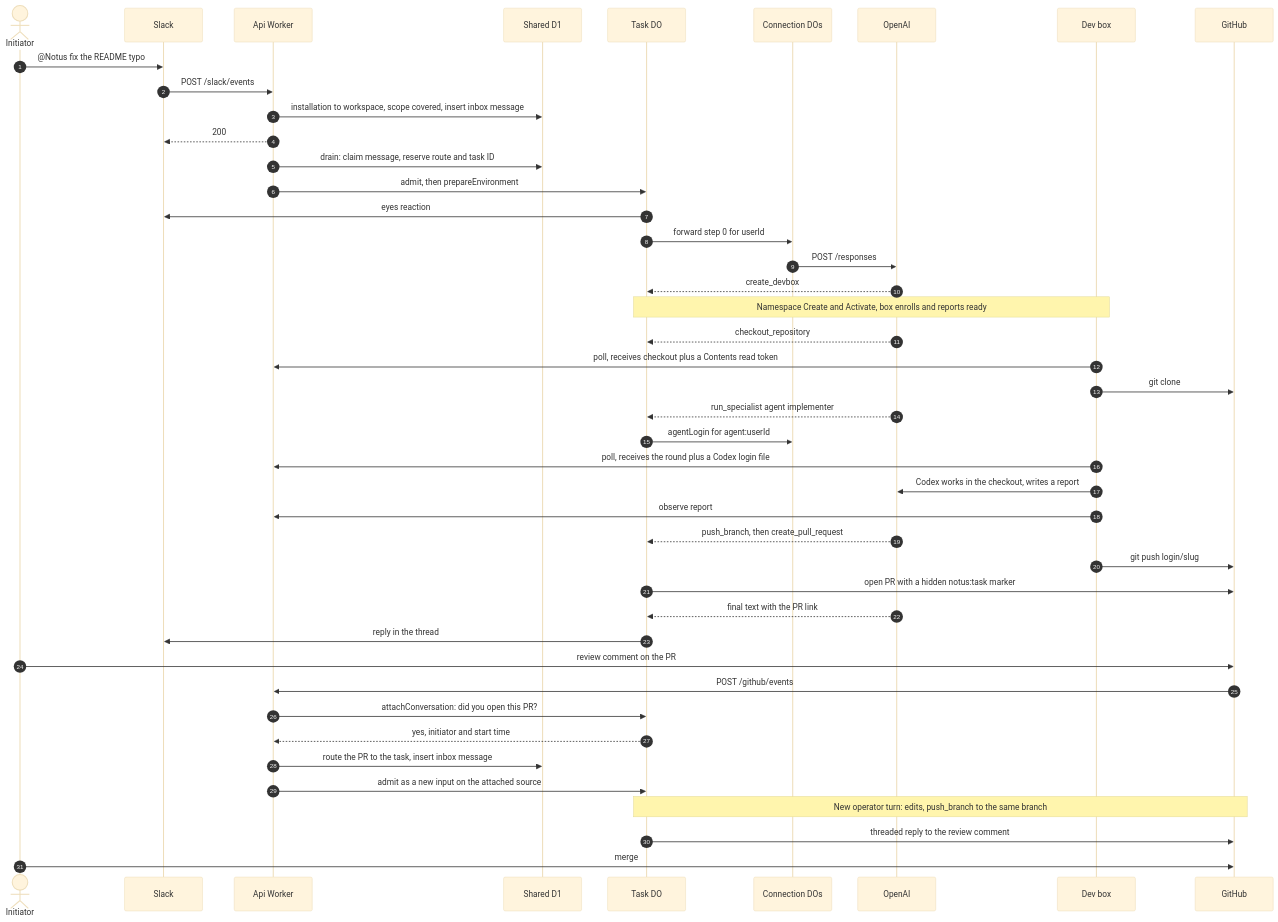
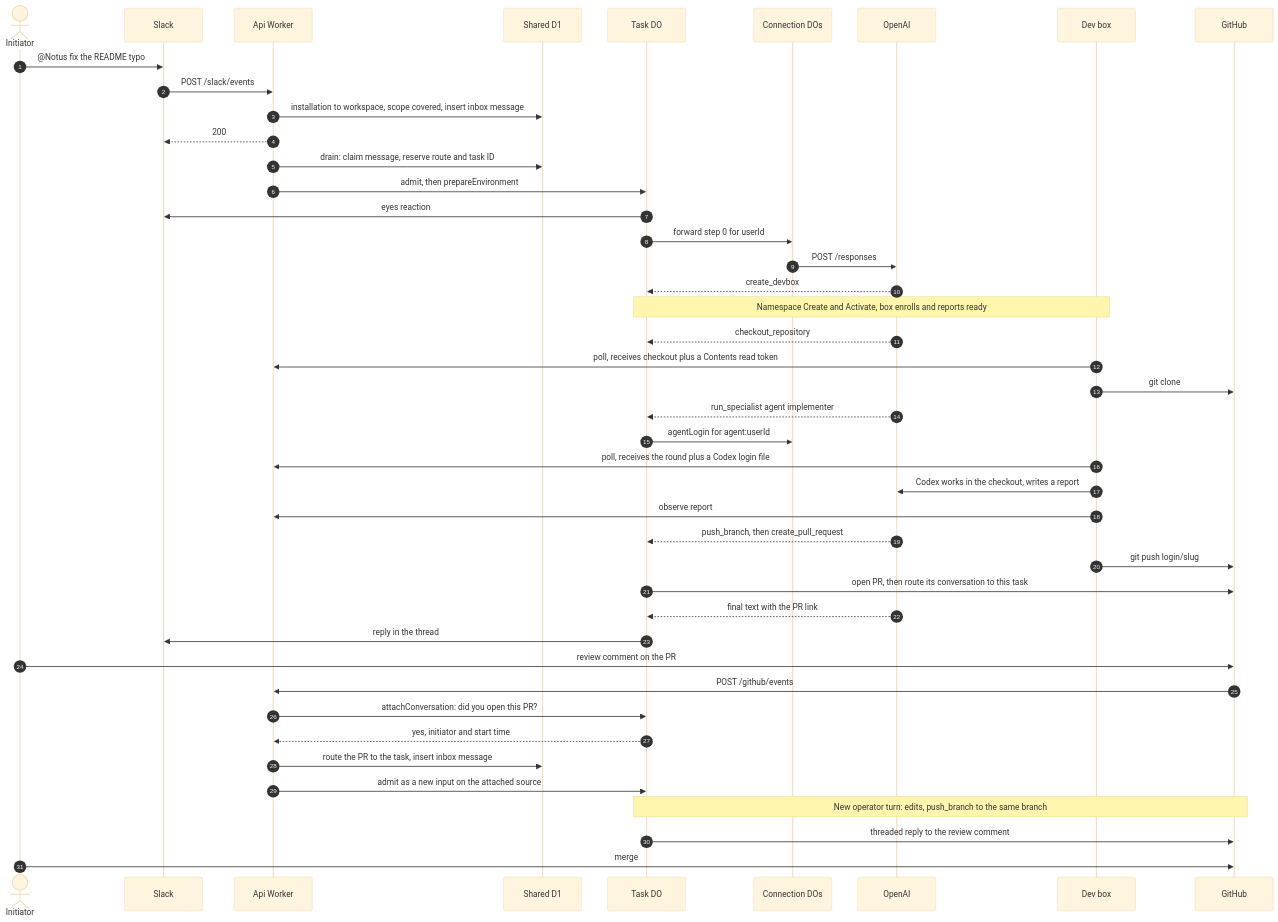
One commit to utopyin/notus changed the fifth of 24 diagrams in docs/architecture/system.md. Above: the diagram before and after it, drawn with Mermaid (base theme). The commit also changed other lines of this file and 10 other files, not shown here.

First line of the commit message:
refactor(routing): a pull request is routed when the task opens or checks it out; no marker

````diff
--- a/docs/architecture/system.md
+++ b/docs/architecture/system.md
@@ -253,47 +253,47 @@
 ```mermaid
 sequenceDiagram
   autonumber
   actor U as Initiator
   participant S as Slack
   participant W as Api Worker
   participant D as Shared D1
   participant T as Task DO
   participant C as Connection DOs
   participant O as OpenAI
   participant B as Dev box
   participant G as GitHub
 
   U->>S: @Notus fix the README typo
   S->>W: POST /slack/events
   W->>D: installation to workspace, scope covered, insert inbox message
   W-->>S: 200
   W->>D: drain: claim message, reserve route and task ID
   W->>T: admit, then prepareEnvironment
   T->>S: eyes reaction
   T->>C: forward step 0 for userId
   C->>O: POST /responses
   O-->>T: create_devbox
   Note over T,B: Namespace Create and Activate, box enrolls and reports ready
   O-->>T: checkout_repository
   B->>W: poll, receives checkout plus a Contents read token
   B->>G: git clone
   O-->>T: run_specialist agent implementer
   T->>C: agentLogin for agent:userId
   B->>W: poll, receives the round plus a Codex login file
   B->>O: Codex works in the checkout, writes a report
   B->>W: observe report
   O-->>T: push_branch, then create_pull_request
   B->>G: git push login/slug
-  T->>G: open PR with a hidden notus:task marker
+  T->>G: open PR, then route its conversation to this task
   O-->>T: final text with the PR link
   T->>S: reply in the thread
   U->>G: review comment on the PR
   G->>W: POST /github/events
   W->>T: attachConversation: did you open this PR?
   T-->>W: yes, initiator and start time
   W->>D: route the PR to the task, insert inbox message
   W->>T: admit as a new input on the attached source
   Note over T,G: New operator turn: edits, push_branch to the same branch
   T->>G: threaded reply to the review comment
   U->>G: merge
 ```
````
